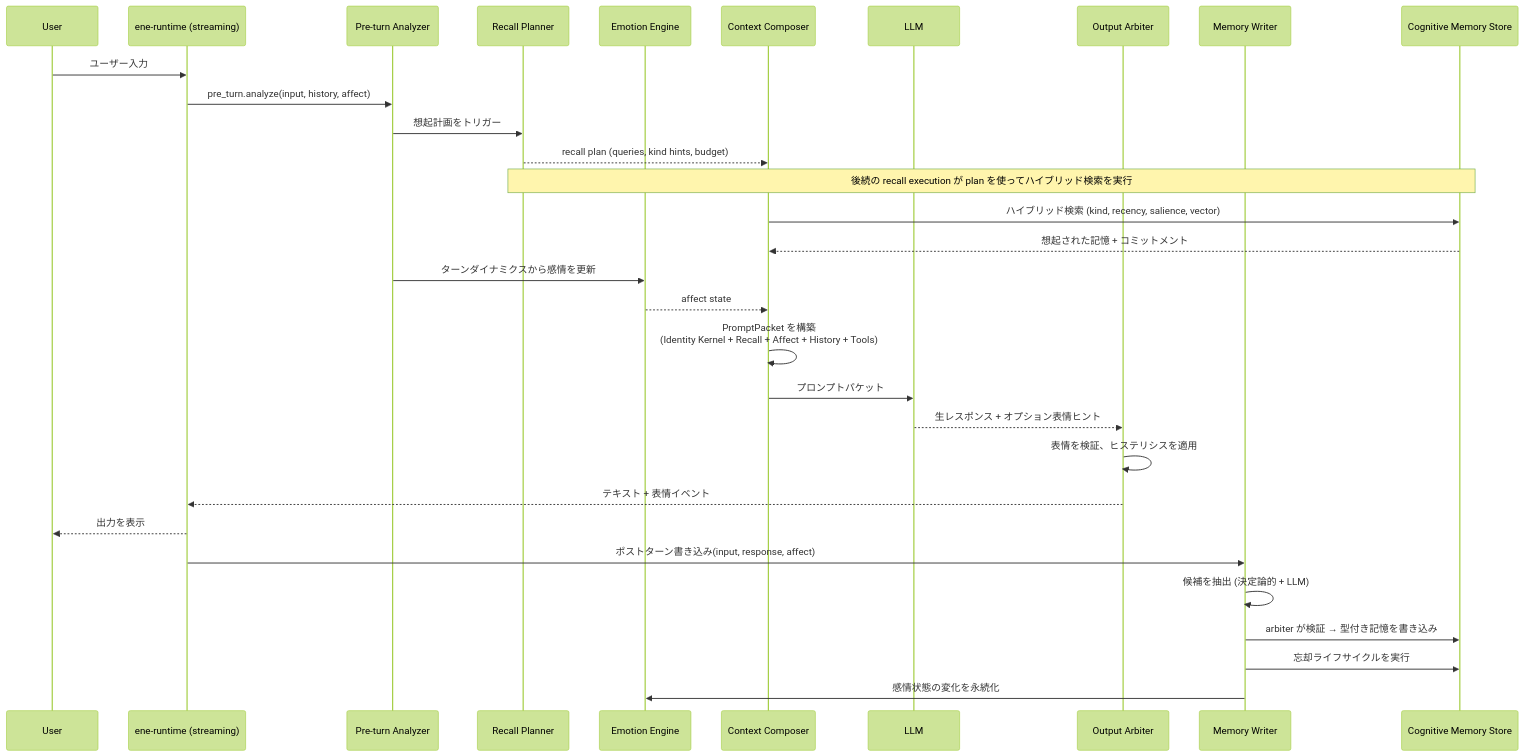
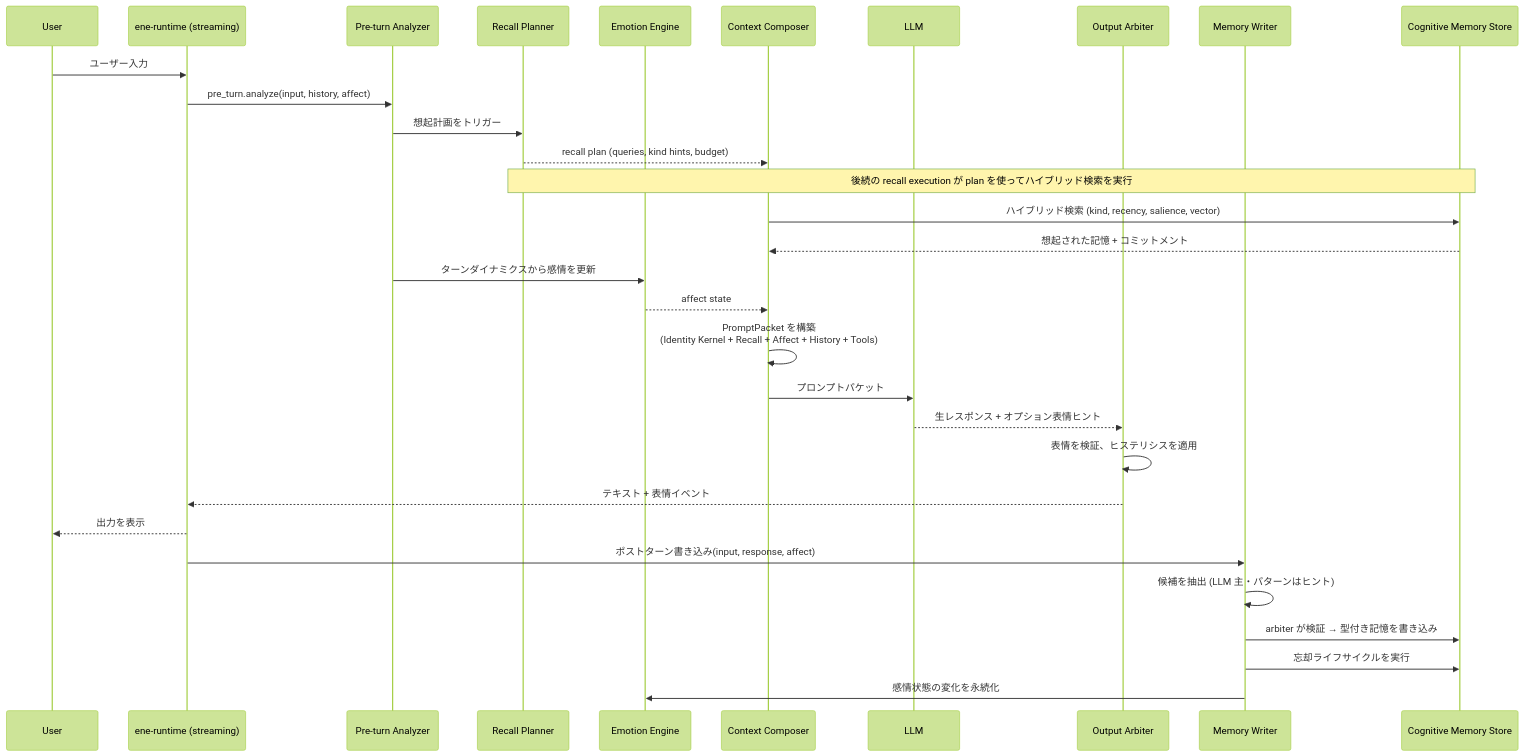
The diagram in docs/ja/architecture/cognitive-runtime.md (pexisgle/ene), drawn with Mermaid (forest theme) before and after one commit. The commit also changed other lines of this file and 18 other files, not shown here.

````diff
--- a/docs/ja/architecture/cognitive-runtime.md
+++ b/docs/ja/architecture/cognitive-runtime.md
@@ -66,34 +66,34 @@
 ```mermaid
 sequenceDiagram
     participant User
     participant Streaming as ene-runtime (streaming)
     participant PreTurn as Pre-turn Analyzer
     participant Recall as Recall Planner
     participant Emotion as Emotion Engine
     participant Composer as Context Composer
     participant LLM
     participant Arbiter as Output Arbiter
     participant Writer as Memory Writer
     participant Store as Cognitive Memory Store
 
     User->>Streaming: ユーザー入力
     Streaming->>PreTurn: pre_turn.analyze(input, history, affect)
     PreTurn->>Recall: 想起計画をトリガー
     Recall-->>Composer: recall plan (queries, kind hints, budget)
     Note over Recall,Store: 後続の recall execution が plan を使ってハイブリッド検索を実行
     Composer->>Store: ハイブリッド検索 (kind, recency, salience, vector)
     Store-->>Composer: 想起された記憶 + コミットメント
     PreTurn->>Emotion: ターンダイナミクスから感情を更新
     Emotion-->>Composer: affect state
     Composer->>Composer: PromptPacket を構築<br/>(Identity Kernel + Recall + Affect + History + Tools)
     Composer->>LLM: プロンプトパケット
     LLM-->>Arbiter: 生レスポンス + オプション表情ヒント
     Arbiter->>Arbiter: 表情を検証、ヒステリシスを適用
     Arbiter-->>Streaming: テキスト + 表情イベント
     Streaming-->>User: 出力を表示
     Streaming->>Writer: ポストターン書き込み(input, response, affect)
-    Writer->>Writer: 候補を抽出 (決定論的 + LLM)
+    Writer->>Writer: 候補を抽出 (LLM 主・パターンはヒント)
     Writer->>Store: arbiter が検証 → 型付き記憶を書き込み
     Writer->>Store: 忘却ライフサイクルを実行
     Writer->>Emotion: 感情状態の変化を永続化
 ```
````
